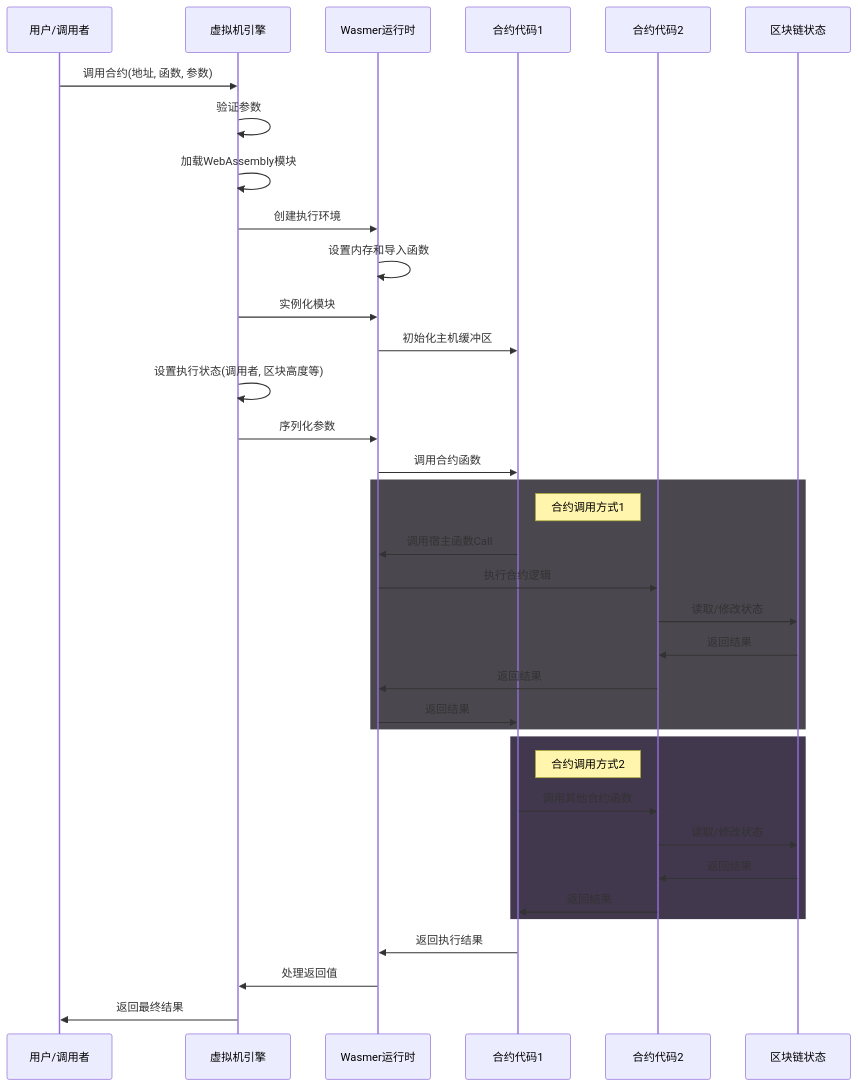
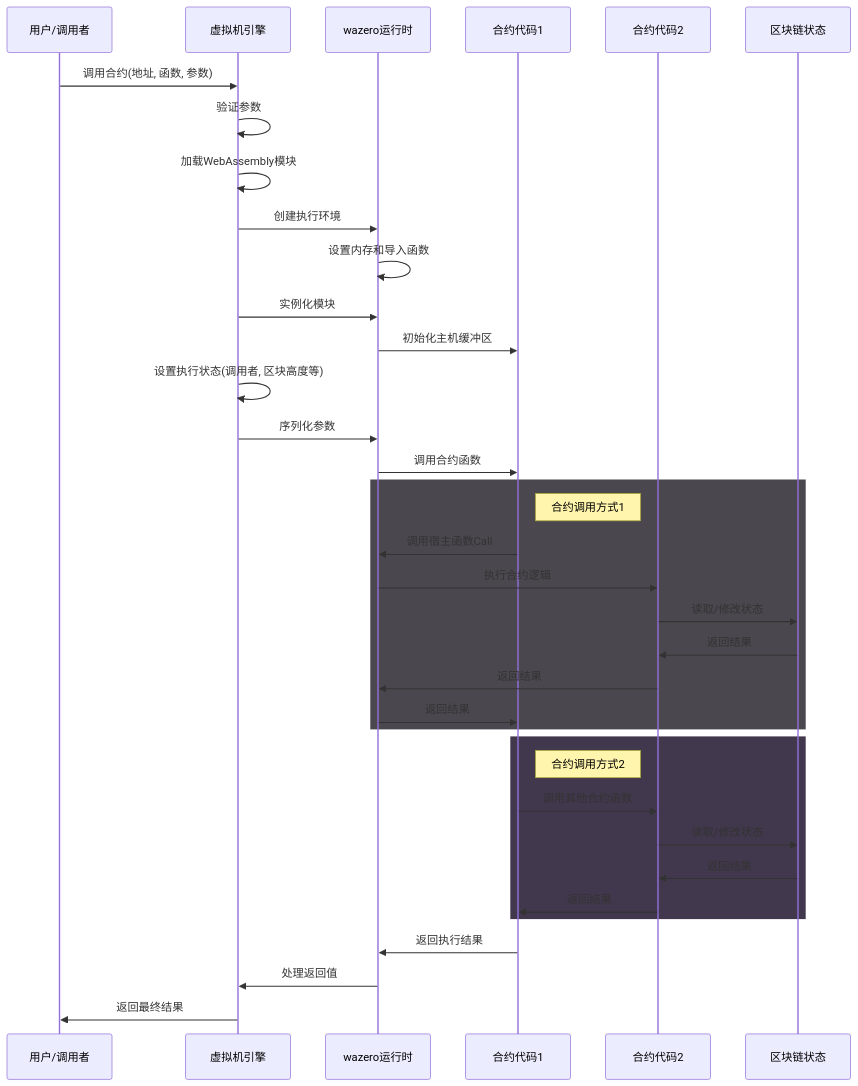
The fourth of 6 diagrams in docs/wasm_contract_execution.md (govm-net/vm), drawn with Mermaid before and after one commit. The commit also changed other lines of this file and 59 other files, not shown here.

````diff
--- a/docs/wasm_contract_execution.md
+++ b/docs/wasm_contract_execution.md
@@ -943,46 +943,46 @@
 ```mermaid
 sequenceDiagram
     participant User as 用户/调用者
     participant VM as 虚拟机引擎
-    participant WasmRuntime as Wasmer运行时
+    participant WasmRuntime as wazero运行时
     participant Contract as 合约代码1
     participant Contract2 as 合约代码2
     participant State as 区块链状态
     
     User->>VM: 调用合约(地址, 函数, 参数)
     VM->>VM: 验证参数
     VM->>VM: 加载WebAssembly模块
     VM->>WasmRuntime: 创建执行环境
     
     WasmRuntime->>WasmRuntime: 设置内存和导入函数
     VM->>WasmRuntime: 实例化模块
     
     WasmRuntime->>Contract: 初始化主机缓冲区
     
     VM->>VM: 设置执行状态(调用者, 区块高度等)
     VM->>WasmRuntime: 序列化参数
     
     WasmRuntime->>Contract: 调用合约函数
     
     rect rgb(74, 71, 78)
     Note right of Contract: 合约调用方式1
     Contract->>WasmRuntime: 调用宿主函数Call
     WasmRuntime->>Contract2: 执行合约逻辑
     Contract2->>State: 读取/修改状态
     State->>Contract2: 返回结果
     Contract2->>WasmRuntime: 返回结果
     WasmRuntime->>Contract: 返回结果
     end
     
     rect rgb(66, 56, 77)
     Note right of Contract: 合约调用方式2
     Contract->>Contract2: 调用其他合约函数
     Contract2->>State: 读取/修改状态
     State->>Contract2: 返回结果
     Contract2->>Contract: 返回结果
     end
     
     Contract->>WasmRuntime: 返回执行结果
     WasmRuntime->>VM: 处理返回值
     VM->>User: 返回最终结果
 ```
````
